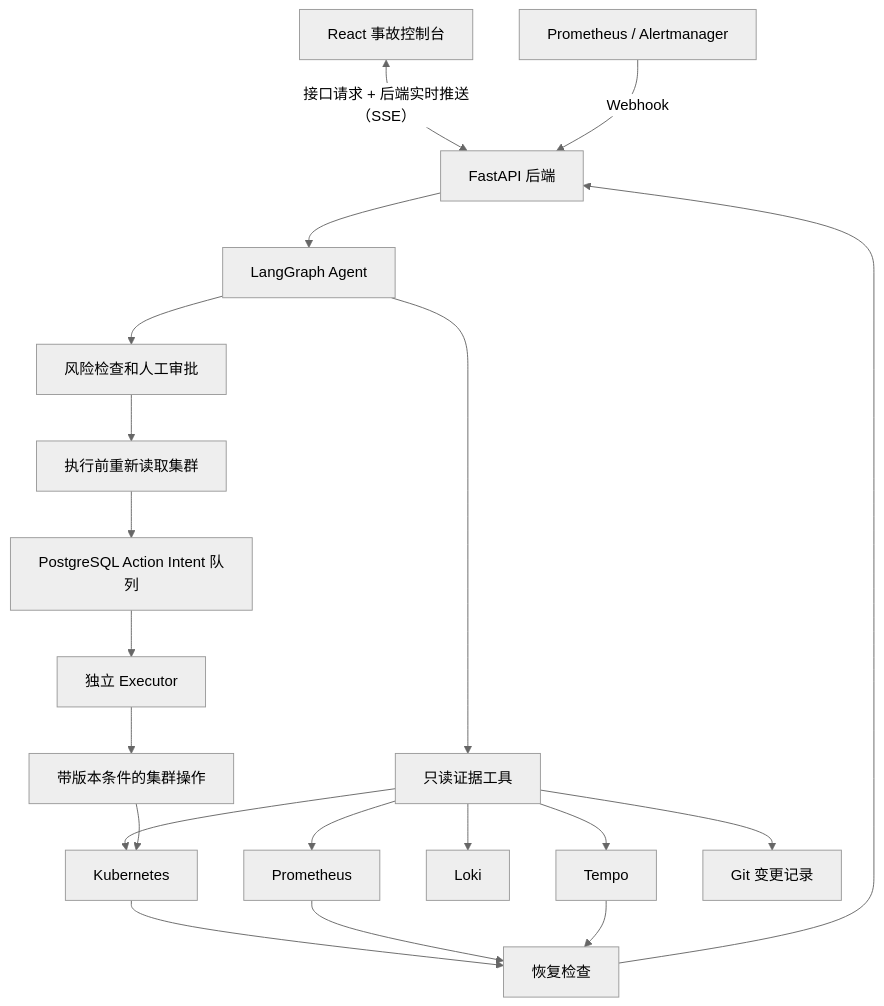
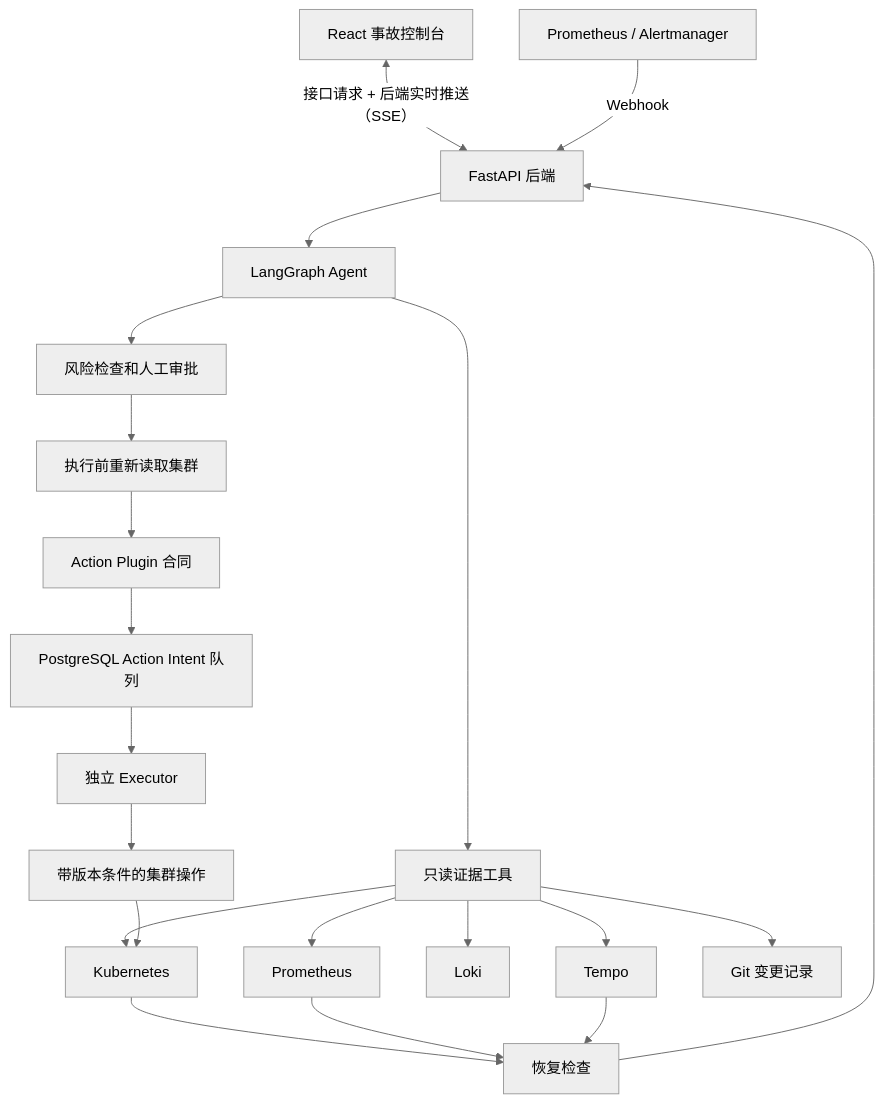
The second of 2 diagrams in README.md (q741242673/sentinelops), drawn with Mermaid (neutral theme) before and after one commit. The commit also changed other lines of this file and 6 other files, not shown here.

Commit message:
feat: add guarded Action Plugin catalog (#22)

````diff
--- a/README.md
+++ b/README.md
@@ -56,22 +56,23 @@
 ```mermaid
 flowchart TB
     UI["React 事故控制台"] <-->|"接口请求 + 后端实时推送（SSE）"| API["FastAPI 后端"]
     AM["Prometheus / Alertmanager"] -->|"Webhook"| API
     API --> AGENT["LangGraph Agent"]
     AGENT --> READ["只读证据工具"]
     READ --> K8S["Kubernetes"]
     READ --> PROM["Prometheus"]
     READ --> LOKI["Loki"]
     READ --> TEMPO["Tempo"]
     READ --> GIT["Git 变更记录"]
     AGENT --> POLICY["风险检查和人工审批"]
     POLICY --> PREFLIGHT["执行前重新读取集群"]
-    PREFLIGHT --> QUEUE["PostgreSQL Action Intent 队列"]
+    PREFLIGHT --> CATALOG["Action Plugin 合同"]
+    CATALOG --> QUEUE["PostgreSQL Action Intent 队列"]
     QUEUE --> EXECUTOR["独立 Executor"]
     EXECUTOR --> WRITE["带版本条件的集群操作"]
     WRITE --> K8S
     K8S --> VERIFY["恢复检查"]
     PROM --> VERIFY
     TEMPO --> VERIFY
     VERIFY --> API
 ```
````
